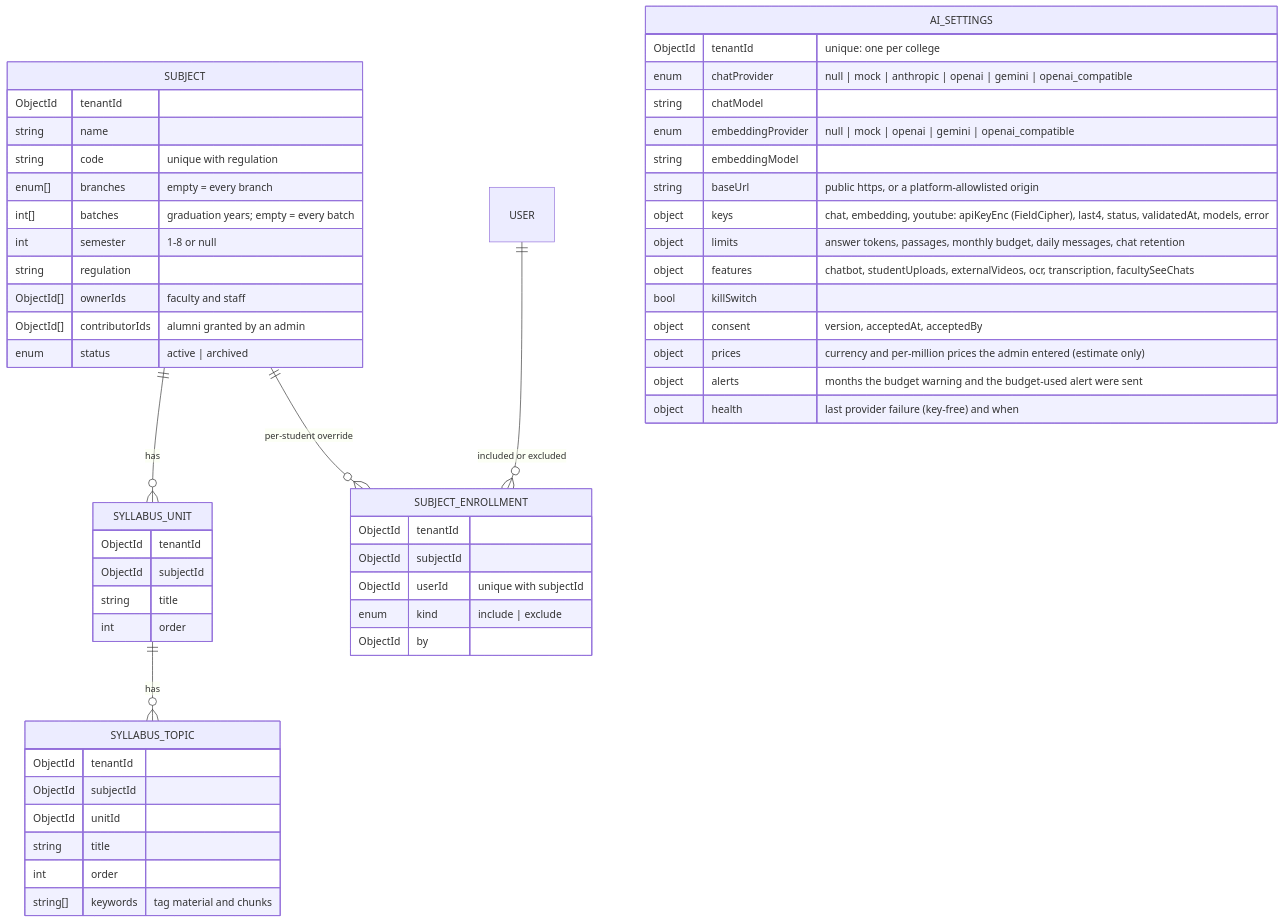
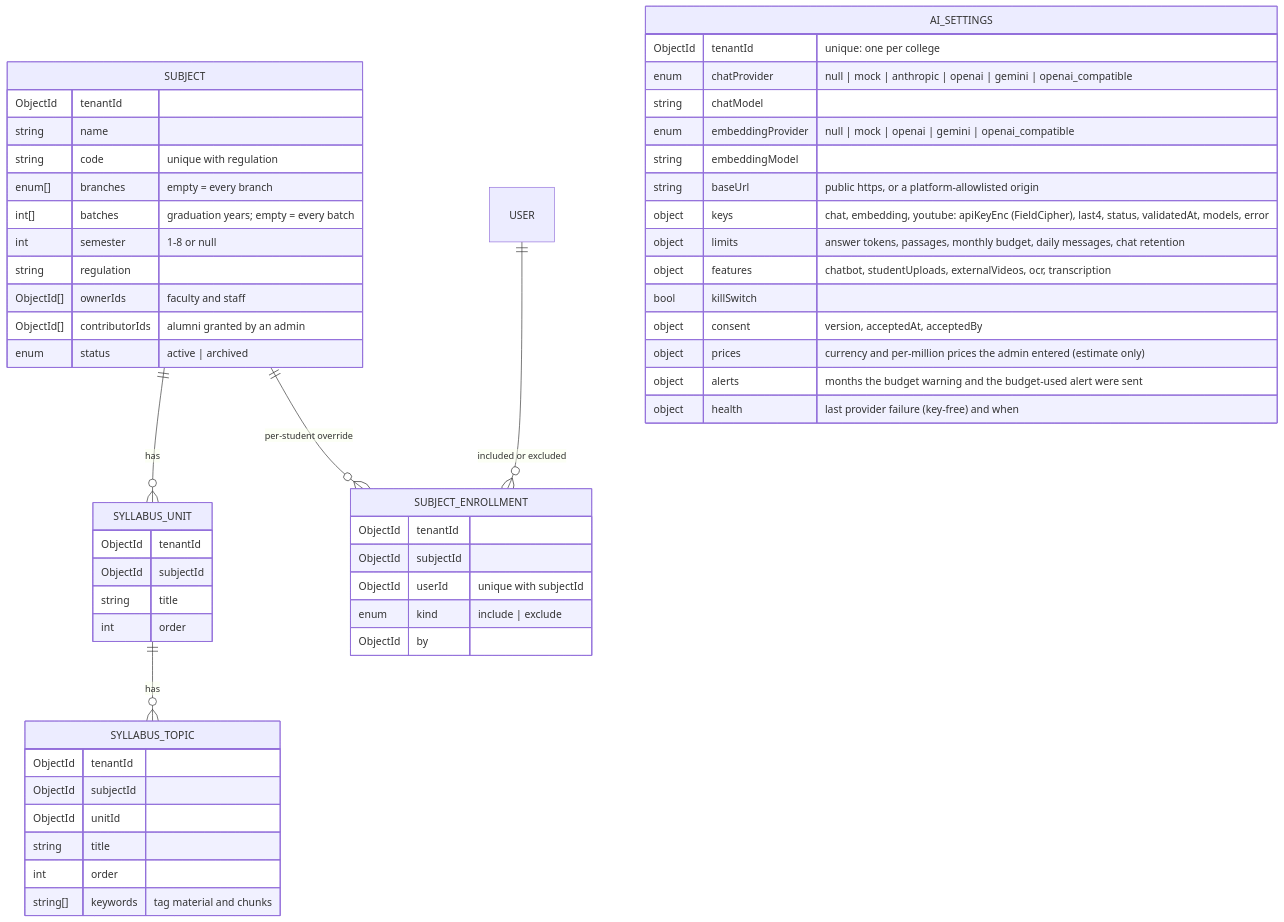
The eighth of 9 diagrams in docs/data-model.md (Parthu-work/campuslink), drawn with Mermaid before and after one commit. The commit also changed 42 other files, not shown here.

````diff
--- a/docs/data-model.md
+++ b/docs/data-model.md
@@ -637,56 +637,56 @@
 ```mermaid
 erDiagram
   SUBJECT ||--o{ SYLLABUS_UNIT : has
   SYLLABUS_UNIT ||--o{ SYLLABUS_TOPIC : has
   SUBJECT ||--o{ SUBJECT_ENROLLMENT : "per-student override"
   USER ||--o{ SUBJECT_ENROLLMENT : "included or excluded"
   SUBJECT {
     ObjectId tenantId
     string name
     string code "unique with regulation"
     enum[] branches "empty = every branch"
     int[] batches "graduation years; empty = every batch"
     int semester "1-8 or null"
     string regulation
     ObjectId[] ownerIds "faculty and staff"
     ObjectId[] contributorIds "alumni granted by an admin"
     enum status "active | archived"
   }
   SYLLABUS_UNIT {
     ObjectId tenantId
     ObjectId subjectId
     string title
     int order
   }
   SYLLABUS_TOPIC {
     ObjectId tenantId
     ObjectId subjectId
     ObjectId unitId
     string title
     int order
     string[] keywords "tag material and chunks"
   }
   SUBJECT_ENROLLMENT {
     ObjectId tenantId
     ObjectId subjectId
     ObjectId userId "unique with subjectId"
     enum kind "include | exclude"
     ObjectId by
   }
   AI_SETTINGS {
     ObjectId tenantId "unique: one per college"
     enum chatProvider "null | mock | anthropic | openai | gemini | openai_compatible"
     string chatModel
     enum embeddingProvider "null | mock | openai | gemini | openai_compatible"
     string embeddingModel
     string baseUrl "public https, or a platform-allowlisted origin"
     object keys "chat, embedding, youtube: apiKeyEnc (FieldCipher), last4, status, validatedAt, models, error"
     object limits "answer tokens, passages, monthly budget, daily messages, chat retention"
-    object features "chatbot, studentUploads, externalVideos, ocr, transcription, facultySeeChats"
+    object features "chatbot, studentUploads, externalVideos, ocr, transcription"
     bool killSwitch
     object consent "version, acceptedAt, acceptedBy"
     object prices "currency and per-million prices the admin entered (estimate only)"
     object alerts "months the budget warning and the budget-used alert were sent"
     object health "last provider failure (key-free) and when"
   }
 ```
````
